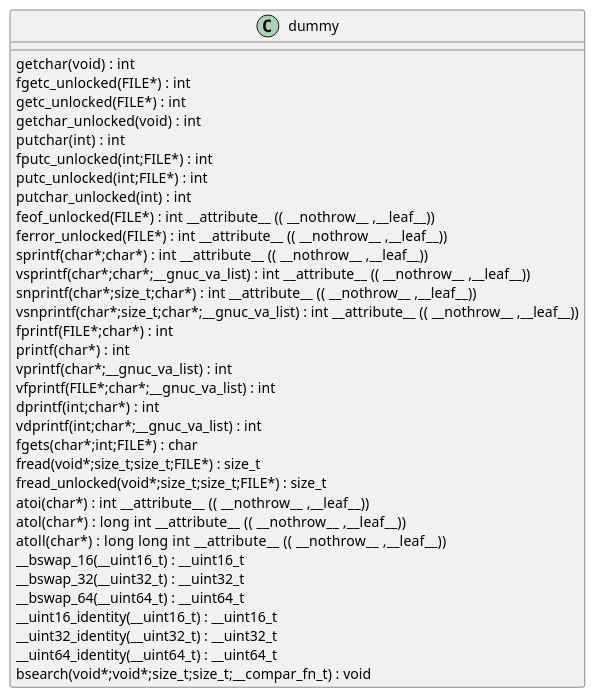
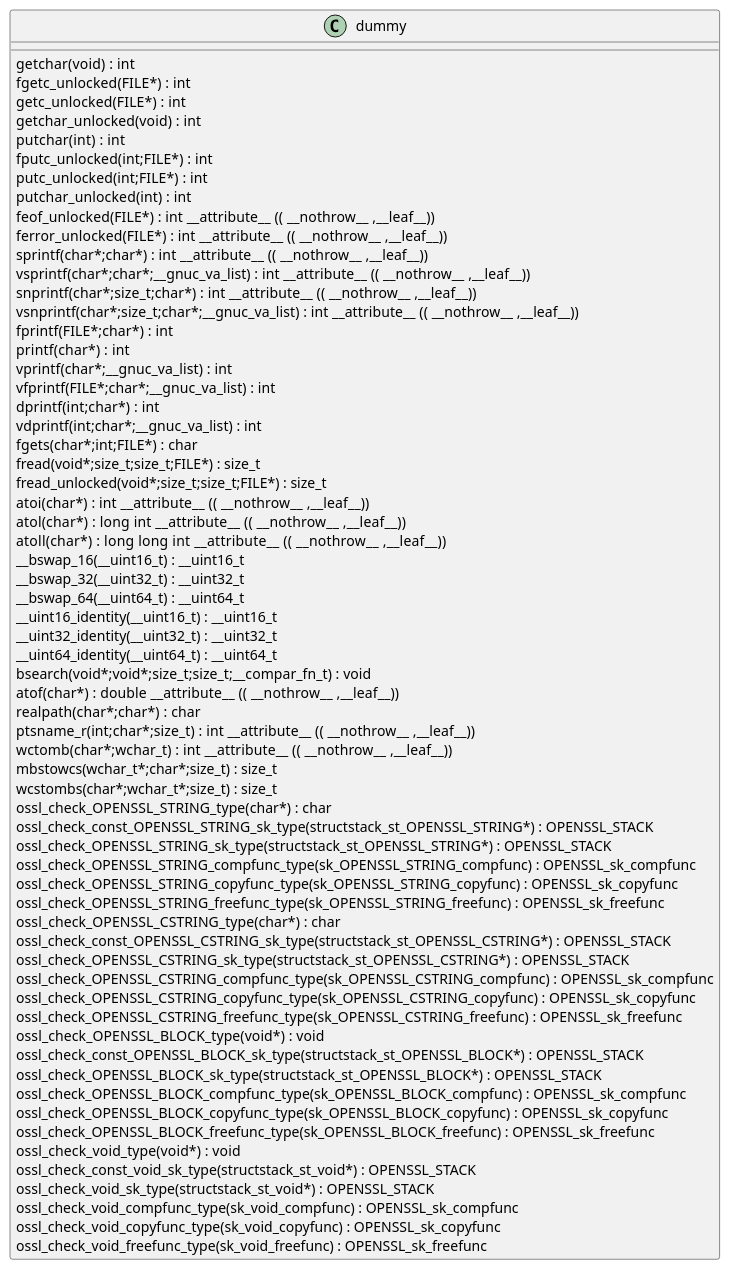
The diagram in docs/qc/ssl/d1_srtp.c.puml (qualitesys/openssl), drawn with PlantUML before and after one commit. The commit also changed 5114 other files, not shown here.

```diff
--- a/docs/qc/ssl/d1_srtp.c.puml
+++ b/docs/qc/ssl/d1_srtp.c.puml
@@ -1,38 +1,68 @@
 @startuml
 !pragma layout smetana
 class dummy {
 getchar(void) :  int  [[[./../.././qc/ssl/d1_srtp.c.html#742]]]
 fgetc_unlocked(FILE*) :  int  [[[./../.././qc/ssl/d1_srtp.c.html#751]]]
 getc_unlocked(FILE*) :  int  [[[./../.././qc/ssl/d1_srtp.c.html#761]]]
 getchar_unlocked(void) :  int  [[[./../.././qc/ssl/d1_srtp.c.html#768]]]
 putchar(int) :  int  [[[./../.././qc/ssl/d1_srtp.c.html#777]]]
 fputc_unlocked(int;FILE*) :  int  [[[./../.././qc/ssl/d1_srtp.c.html#786]]]
 putc_unlocked(int;FILE*) :  int  [[[./../.././qc/ssl/d1_srtp.c.html#796]]]
 putchar_unlocked(int) :  int  [[[./../.././qc/ssl/d1_srtp.c.html#803]]]
 feof_unlocked(FILE*) :  int  __attribute__ (( __nothrow__ ,__leaf__)) [[[./../.././qc/ssl/d1_srtp.c.html#809]]]
 ferror_unlocked(FILE*) :  int  __attribute__ (( __nothrow__ ,__leaf__)) [[[./../.././qc/ssl/d1_srtp.c.html#816]]]
 sprintf(char*;char*) :  int  __attribute__ (( __nothrow__ ,__leaf__)) [[[./../.././qc/ssl/d1_srtp.c.html#835]]]
 vsprintf(char*;char*;__gnuc_va_list) :  int  __attribute__ (( __nothrow__ ,__leaf__)) [[[./../.././qc/ssl/d1_srtp.c.html#848]]]
 snprintf(char*;size_t;char*) :  int  __attribute__ (( __nothrow__ ,__leaf__)) [[[./../.././qc/ssl/d1_srtp.c.html#867]]]
 vsnprintf(char*;size_t;char*;__gnuc_va_list) :  int  __attribute__ (( __nothrow__ ,__leaf__)) [[[./../.././qc/ssl/d1_srtp.c.html#881]]]
 fprintf(FILE*;char*) :  int  [[[./../.././qc/ssl/d1_srtp.c.html#902]]]
 printf(char*) :  int  [[[./../.././qc/ssl/d1_srtp.c.html#909]]]
 vprintf(char*;__gnuc_va_list) :  int  [[[./../.././qc/ssl/d1_srtp.c.html#921]]]
 vfprintf(FILE*;char*;__gnuc_va_list) :  int  [[[./../.././qc/ssl/d1_srtp.c.html#931]]]
 dprintf(int;char*) :  int  [[[./../.././qc/ssl/d1_srtp.c.html#946]]]
 vdprintf(int;char*;__gnuc_va_list) :  int  [[[./../.././qc/ssl/d1_srtp.c.html#957]]]
 fgets(char*;int;FILE*) :  char  [[[./../.././qc/ssl/d1_srtp.c.html#976]]]
 fread(void*;size_t;size_t;FILE*) : size_t [[[./../.././qc/ssl/d1_srtp.c.html#1002]]]
 fread_unlocked(void*;size_t;size_t;FILE*) : size_t [[[./../.././qc/ssl/d1_srtp.c.html#1029]]]
 atoi(char*) :  int  __attribute__ (( __nothrow__ ,__leaf__)) [[[./../.././qc/ssl/d1_srtp.c.html#1375]]]
 atol(char*) :  long  int  __attribute__ (( __nothrow__ ,__leaf__)) [[[./../.././qc/ssl/d1_srtp.c.html#1380]]]
 atoll(char*) :  long  long  int  __attribute__ (( __nothrow__ ,__leaf__)) [[[./../.././qc/ssl/d1_srtp.c.html#1387]]]
 __bswap_16(__uint16_t) : __uint16_t [[[./../.././qc/ssl/d1_srtp.c.html#1534]]]
 __bswap_32(__uint32_t) : __uint32_t [[[./../.././qc/ssl/d1_srtp.c.html#1549]]]
 __bswap_64(__uint64_t) : __uint64_t [[[./../.././qc/ssl/d1_srtp.c.html#1559]]]
 __uint16_identity(__uint16_t) : __uint16_t [[[./../.././qc/ssl/d1_srtp.c.html#1571]]]
 __uint32_identity(__uint32_t) : __uint32_t [[[./../.././qc/ssl/d1_srtp.c.html#1577]]]
 __uint64_identity(__uint64_t) : __uint64_t [[[./../.././qc/ssl/d1_srtp.c.html#1583]]]
 bsearch(void*;void*;size_t;size_t;__compar_fn_t) :  void  [[[./../.././qc/ssl/d1_srtp.c.html#2251]]]
+atof(char*) :  double  __attribute__ (( __nothrow__ ,__leaf__)) [[[./../.././qc/ssl/d1_srtp.c.html#1]]]
+realpath(char*;char*) :  char  [[[./../.././qc/ssl/d1_srtp.c.html#1]]]
+ptsname_r(int;char*;size_t) :  int  __attribute__ (( __nothrow__ ,__leaf__)) [[[./../.././qc/ssl/d1_srtp.c.html#1]]]
+wctomb(char*;wchar_t) :  int  __attribute__ (( __nothrow__ ,__leaf__)) [[[./../.././qc/ssl/d1_srtp.c.html#1]]]
+mbstowcs(wchar_t*;char*;size_t) : size_t [[[./../.././qc/ssl/d1_srtp.c.html#1]]]
+wcstombs(char*;wchar_t*;size_t) : size_t [[[./../.././qc/ssl/d1_srtp.c.html#1]]]
+ossl_check_OPENSSL_STRING_type(char*) :  char  [[[./../.././qc/ssl/d1_srtp.c.html#1]]]
+ossl_check_const_OPENSSL_STRING_sk_type(structstack_st_OPENSSL_STRING*) : OPENSSL_STACK [[[./../.././qc/ssl/d1_srtp.c.html#1]]]
+ossl_check_OPENSSL_STRING_sk_type(structstack_st_OPENSSL_STRING*) : OPENSSL_STACK [[[./../.././qc/ssl/d1_srtp.c.html#1]]]
+ossl_check_OPENSSL_STRING_compfunc_type(sk_OPENSSL_STRING_compfunc) : OPENSSL_sk_compfunc [[[./../.././qc/ssl/d1_srtp.c.html#1]]]
+ossl_check_OPENSSL_STRING_copyfunc_type(sk_OPENSSL_STRING_copyfunc) : OPENSSL_sk_copyfunc [[[./../.././qc/ssl/d1_srtp.c.html#1]]]
+ossl_check_OPENSSL_STRING_freefunc_type(sk_OPENSSL_STRING_freefunc) : OPENSSL_sk_freefunc [[[./../.././qc/ssl/d1_srtp.c.html#1]]]
+ossl_check_OPENSSL_CSTRING_type(char*) :  char  [[[./../.././qc/ssl/d1_srtp.c.html#1]]]
+ossl_check_const_OPENSSL_CSTRING_sk_type(structstack_st_OPENSSL_CSTRING*) : OPENSSL_STACK [[[./../.././qc/ssl/d1_srtp.c.html#1]]]
+ossl_check_OPENSSL_CSTRING_sk_type(structstack_st_OPENSSL_CSTRING*) : OPENSSL_STACK [[[./../.././qc/ssl/d1_srtp.c.html#1]]]
+ossl_check_OPENSSL_CSTRING_compfunc_type(sk_OPENSSL_CSTRING_compfunc) : OPENSSL_sk_compfunc [[[./../.././qc/ssl/d1_srtp.c.html#1]]]
+ossl_check_OPENSSL_CSTRING_copyfunc_type(sk_OPENSSL_CSTRING_copyfunc) : OPENSSL_sk_copyfunc [[[./../.././qc/ssl/d1_srtp.c.html#1]]]
+ossl_check_OPENSSL_CSTRING_freefunc_type(sk_OPENSSL_CSTRING_freefunc) : OPENSSL_sk_freefunc [[[./../.././qc/ssl/d1_srtp.c.html#1]]]
+ossl_check_OPENSSL_BLOCK_type(void*) :  void  [[[./../.././qc/ssl/d1_srtp.c.html#1]]]
+ossl_check_const_OPENSSL_BLOCK_sk_type(structstack_st_OPENSSL_BLOCK*) : OPENSSL_STACK [[[./../.././qc/ssl/d1_srtp.c.html#1]]]
+ossl_check_OPENSSL_BLOCK_sk_type(structstack_st_OPENSSL_BLOCK*) : OPENSSL_STACK [[[./../.././qc/ssl/d1_srtp.c.html#1]]]
+ossl_check_OPENSSL_BLOCK_compfunc_type(sk_OPENSSL_BLOCK_compfunc) : OPENSSL_sk_compfunc [[[./../.././qc/ssl/d1_srtp.c.html#1]]]
+ossl_check_OPENSSL_BLOCK_copyfunc_type(sk_OPENSSL_BLOCK_copyfunc) : OPENSSL_sk_copyfunc [[[./../.././qc/ssl/d1_srtp.c.html#1]]]
+ossl_check_OPENSSL_BLOCK_freefunc_type(sk_OPENSSL_BLOCK_freefunc) : OPENSSL_sk_freefunc [[[./../.././qc/ssl/d1_srtp.c.html#1]]]
+ossl_check_void_type(void*) :  void  [[[./../.././qc/ssl/d1_srtp.c.html#1]]]
+ossl_check_const_void_sk_type(structstack_st_void*) : OPENSSL_STACK [[[./../.././qc/ssl/d1_srtp.c.html#1]]]
+ossl_check_void_sk_type(structstack_st_void*) : OPENSSL_STACK [[[./../.././qc/ssl/d1_srtp.c.html#1]]]
+ossl_check_void_compfunc_type(sk_void_compfunc) : OPENSSL_sk_compfunc [[[./../.././qc/ssl/d1_srtp.c.html#1]]]
+ossl_check_void_copyfunc_type(sk_void_copyfunc) : OPENSSL_sk_copyfunc [[[./../.././qc/ssl/d1_srtp.c.html#1]]]
+ossl_check_void_freefunc_type(sk_void_freefunc) : OPENSSL_sk_freefunc [[[./../.././qc/ssl/d1_srtp.c.html#1]]]
 } 
 @enduml
```
